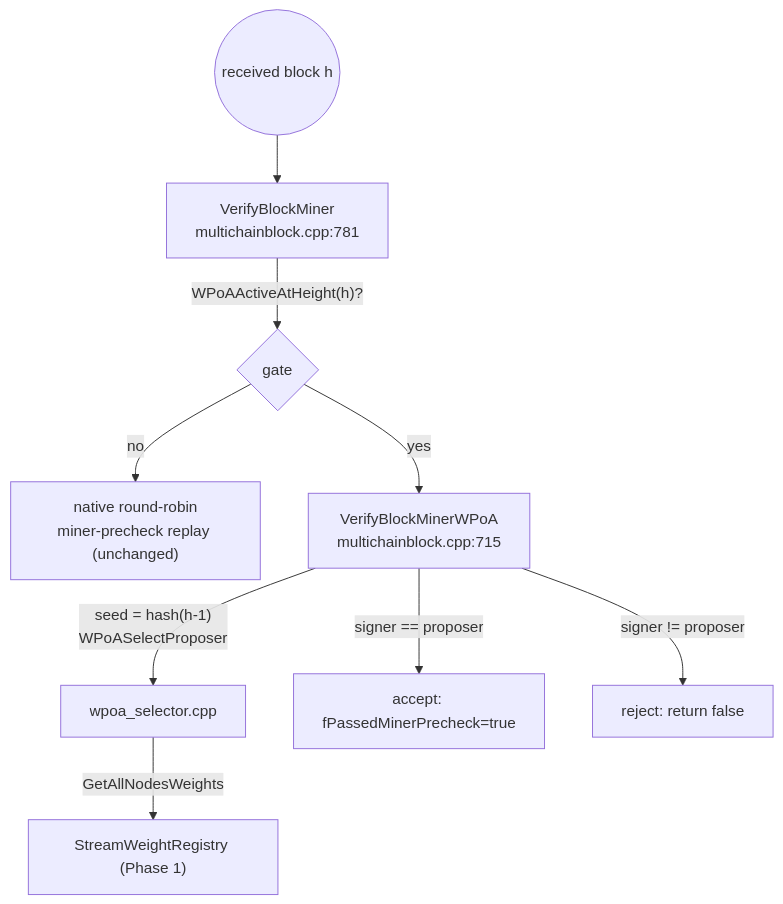
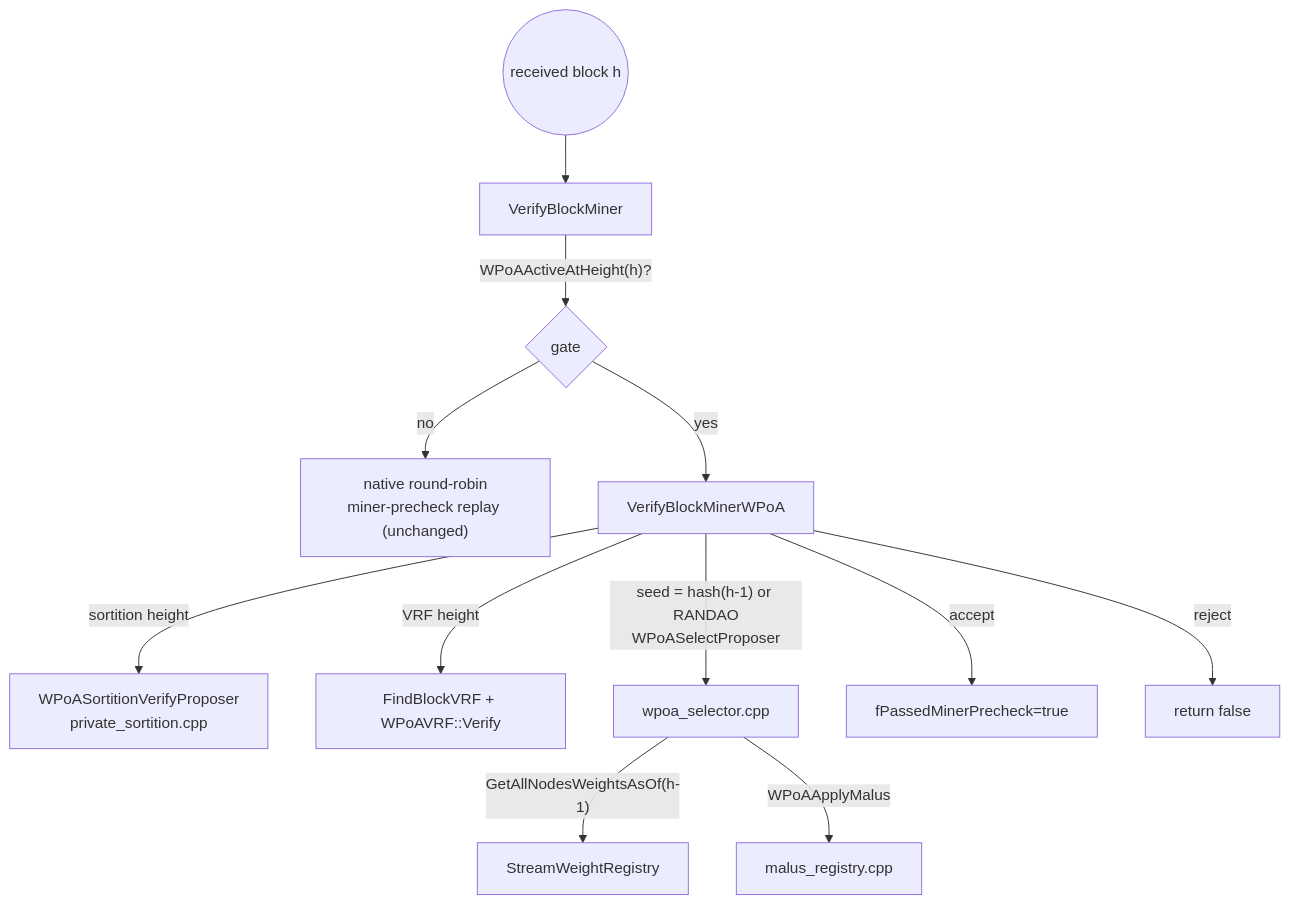
Before and after one commit to FeMattu/multichain: the diagram in docs/block-validation.md, drawn with Mermaid. The commit also changed other lines of this file and 44 other files, not shown here.

````diff
--- a/docs/block-validation.md
+++ b/docs/block-validation.md
@@ -240,11 +267,14 @@
 ```mermaid
 flowchart TD
-    NET(("received block h")) --> VBM["VerifyBlockMiner<br/>multichainblock.cpp:781"]
+    NET(("received block h")) --> VBM["VerifyBlockMiner"]
     VBM -->|"WPoAActiveAtHeight(h)?"| G{gate}
     G -->|no| NATIVE["native round-robin<br/>miner-precheck replay (unchanged)"]
-    G -->|yes| VW["VerifyBlockMinerWPoA<br/>multichainblock.cpp:715"]
-    VW -->|"seed = hash(h-1)<br/>WPoASelectProposer"| SEL["wpoa_selector.cpp"]
-    SEL -->|GetAllNodesWeights| REG["StreamWeightRegistry (Phase 1)"]
-    VW -->|signer == proposer| ACC["accept: fPassedMinerPrecheck=true"]
-    VW -->|signer != proposer| REJ["reject: return false"]
+    G -->|yes| VW["VerifyBlockMinerWPoA"]
+    VW -->|sortition height| SV["WPoASortitionVerifyProposer<br/>private_sortition.cpp"]
+    VW -->|VRF height| VV["FindBlockVRF + WPoAVRF::Verify"]
+    VW -->|"seed = hash(h-1) or RANDAO<br/>WPoASelectProposer"| SEL["wpoa_selector.cpp"]
+    SEL -->|"GetAllNodesWeightsAsOf(h-1)"| REG["StreamWeightRegistry"]
+    SEL -->|WPoAApplyMalus| MAL["malus_registry.cpp"]
+    VW -->|accept| ACC["fPassedMinerPrecheck=true"]
+    VW -->|reject| REJ["return false"]
 ```
````
